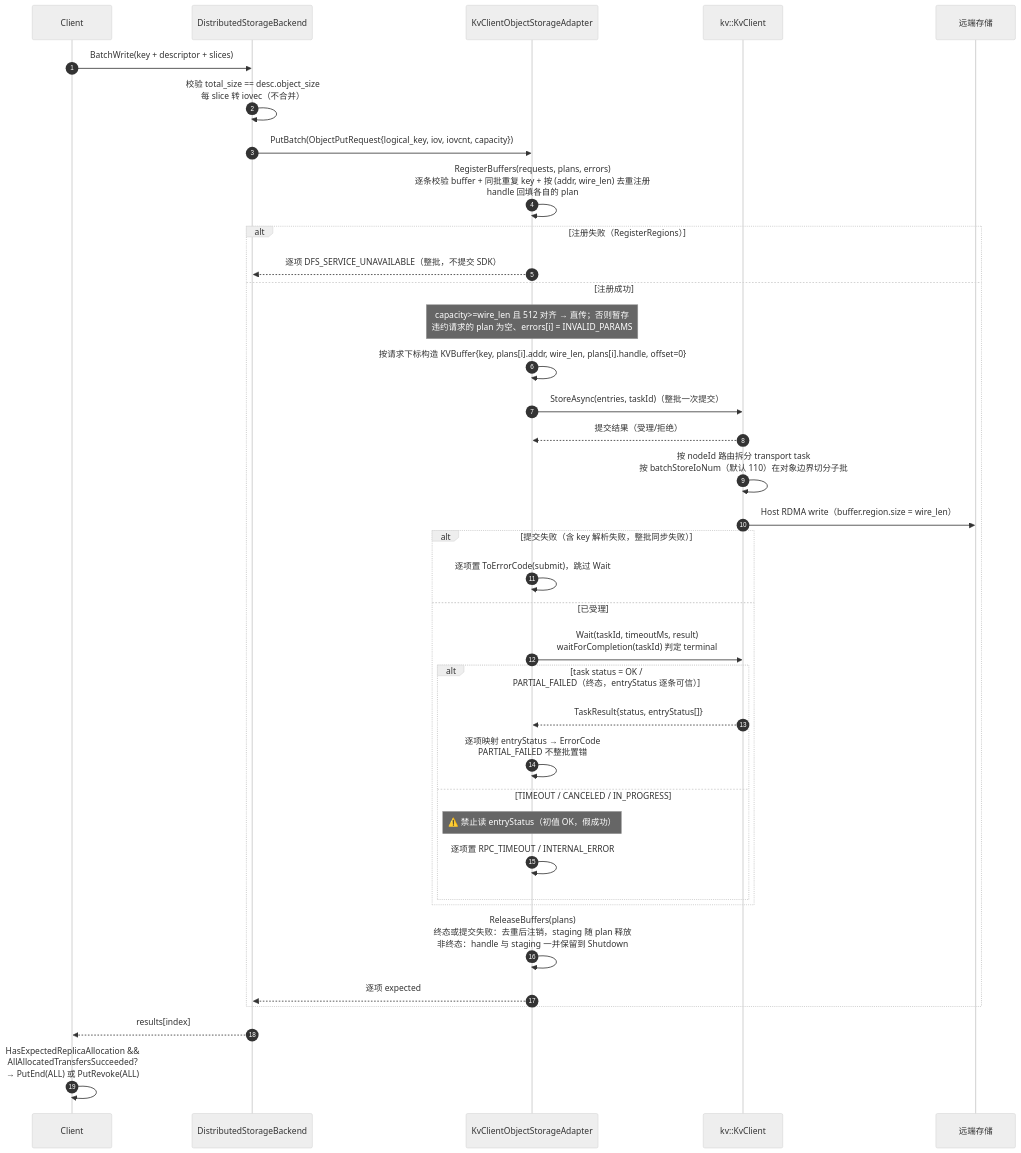
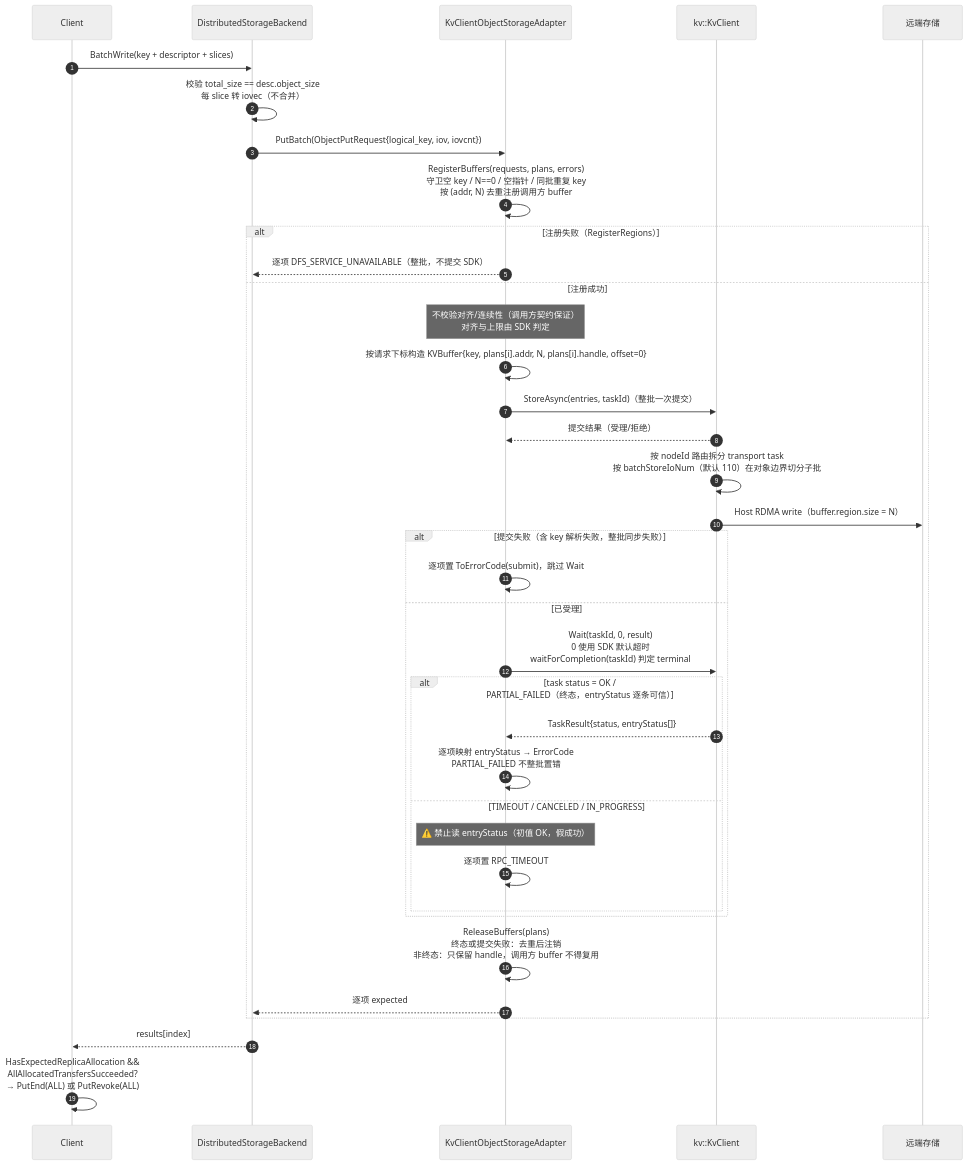
One commit to zwj20000328-dotcom/Mooncake-documents changed the ninth of 13 diagrams in Mooncake + KVClient L3 接入（Kvcs）- v3.md. Above: the diagram before and after it, drawn with Mermaid (neutral theme). The commit also changed other lines of this file and 3 other files, not shown here.

````diff
--- a/Mooncake + KVClient L3 接入（Kvcs）- v3.md
+++ b/Mooncake + KVClient L3 接入（Kvcs）- v3.md
@@ -598,40 +599,40 @@
 ```mermaid
 sequenceDiagram
     autonumber
     participant C as Client
     participant BE as DistributedStorageBackend
     participant AD as KvClientObjectStorageAdapter
     participant SDK as kv::KvClient
     participant S as 远端存储
 
     C->>BE: BatchWrite(key + descriptor + slices)
     BE->>BE: 校验 total_size == desc.object_size<br/>每 slice 转 iovec（不合并）
-    BE->>AD: PutBatch(ObjectPutRequest{logical_key, iov, iovcnt, capacity})
-    AD->>AD: RegisterBuffers(requests, plans, errors)<br/>逐条校验 buffer + 同批重复 key + 按 (addr, wire_len) 去重注册<br/>handle 回填各自的 plan
+    BE->>AD: PutBatch(ObjectPutRequest{logical_key, iov, iovcnt})
+    AD->>AD: RegisterBuffers(requests, plans, errors)<br/>守卫空 key / N==0 / 空指针 / 同批重复 key<br/>按 (addr, N) 去重注册调用方 buffer
     alt 注册失败（RegisterRegions）
         AD-->>BE: 逐项 DFS_SERVICE_UNAVAILABLE（整批，不提交 SDK）
     else 注册成功
-        Note over AD: capacity>=wire_len 且 512 对齐 → 直传；否则暂存<br/>违约请求的 plan 为空、errors[i] = INVALID_PARAMS
-        AD->>AD: 按请求下标构造 KVBuffer{key, plans[i].addr, wire_len, plans[i].handle, offset=0}
+        Note over AD: 不校验对齐/连续性（调用方契约保证）<br/>对齐与上限由 SDK 判定
+        AD->>AD: 按请求下标构造 KVBuffer{key, plans[i].addr, N, plans[i].handle, offset=0}
         AD->>SDK: StoreAsync(entries, taskId)（整批一次提交）
         SDK-->>AD: 提交结果（受理/拒绝）
         SDK->>SDK: 按 nodeId 路由拆分 transport task<br/>按 batchStoreIoNum（默认 110）在对象边界切分子批
-        SDK->>S: Host RDMA write（buffer.region.size = wire_len）
+        SDK->>S: Host RDMA write（buffer.region.size = N）
         alt 提交失败（含 key 解析失败，整批同步失败）
             AD->>AD: 逐项置 ToErrorCode(submit)，跳过 Wait
         else 已受理
-            AD->>SDK: Wait(taskId, timeoutMs, result)<br/>waitForCompletion(taskId) 判定 terminal
+            AD->>SDK: Wait(taskId, 0, result)<br/>0 使用 SDK 默认超时<br/>waitForCompletion(taskId) 判定 terminal
             alt task status = OK / PARTIAL_FAILED（终态，entryStatus 逐条可信）
                 SDK-->>AD: TaskResult{status, entryStatus[]}
                 AD->>AD: 逐项映射 entryStatus → ErrorCode<br/>PARTIAL_FAILED 不整批置错
             else TIMEOUT / CANCELED / IN_PROGRESS
                 Note over AD: ⚠️ 禁止读 entryStatus（初值 OK，假成功）
-                AD->>AD: 逐项置 RPC_TIMEOUT / INTERNAL_ERROR
+                AD->>AD: 逐项置 RPC_TIMEOUT
             end
         end
-        AD->>AD: ReleaseBuffers(plans)<br/>终态或提交失败：去重后注销，staging 随 plan 释放<br/>非终态：handle 与 staging 一并保留到 Shutdown
+        AD->>AD: ReleaseBuffers(plans)<br/>终态或提交失败：去重后注销<br/>非终态：只保留 handle，调用方 buffer 不得复用
         AD-->>BE: 逐项 expected
     end
     BE-->>C: results[index]
     C->>C: HasExpectedReplicaAllocation &&<br/>AllAllocatedTransfersSucceeded?<br/>→ PutEnd(ALL) 或 PutRevoke(ALL)
 ```
````
